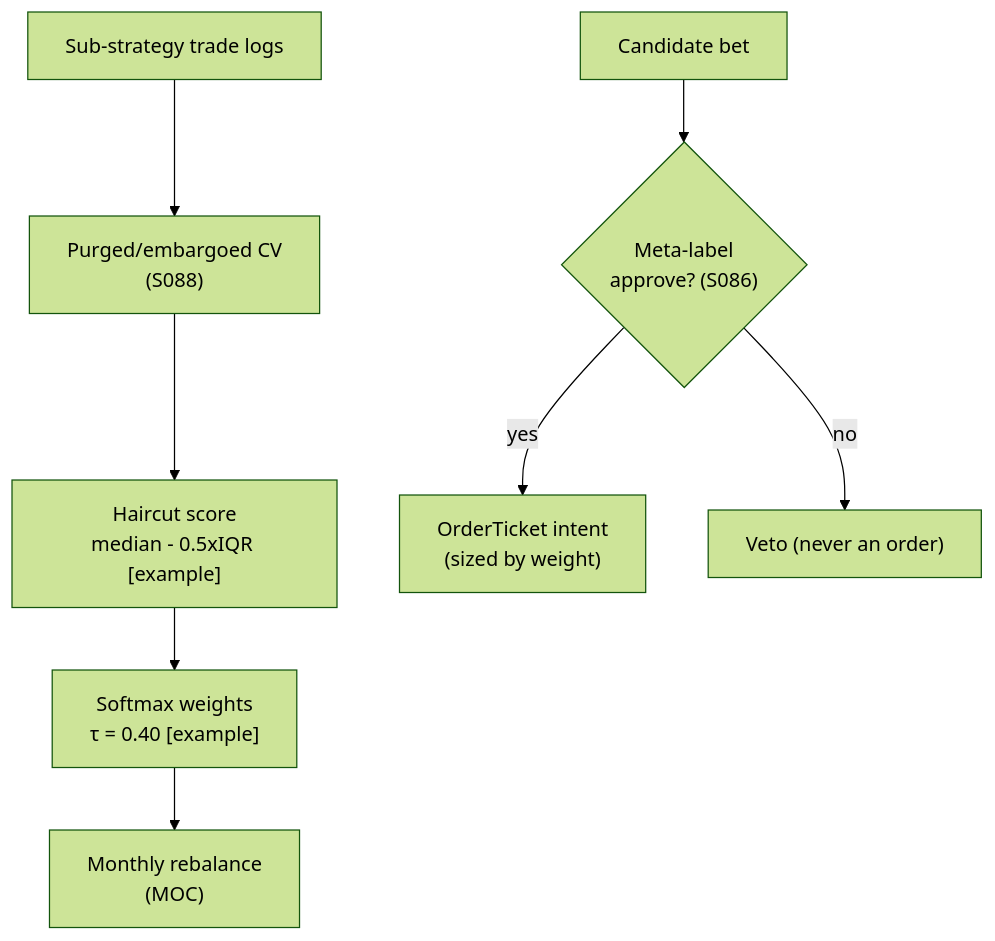
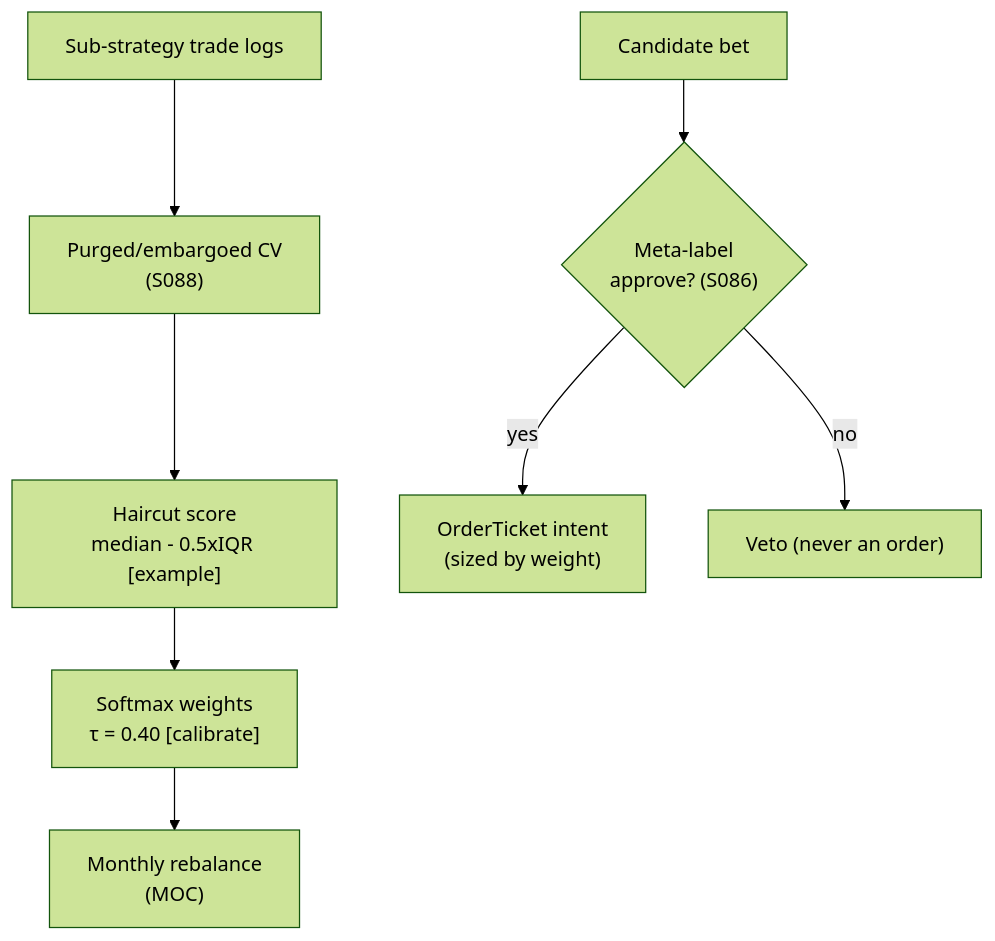
Before and after one commit to praveenguptahcl/quant-signals-deep: the diagram in modules/strategies/T087.md, drawn with Mermaid (forest theme). The commit also changed other lines of this file and 275 other files, not shown here.

````diff
--- a/modules/strategies/T087.md
+++ b/modules/strategies/T087.md
@@ -521,10 +717,10 @@
 ```mermaid
 flowchart TD
     LOGS["Sub-strategy trade logs"] --> CPCV["Purged/embargoed CV\n(S088)"]
     CPCV --> HAIR["Haircut score\nmedian - 0.5xIQR [example]"]
-    HAIR --> SOFT["Softmax weights\nτ = 0.40 [example]"]
+    HAIR --> SOFT["Softmax weights\nτ = 0.40 [calibrate]"]
     SOFT --> REB["Monthly rebalance\n(MOC)"]
     CAND["Candidate bet"] --> META{"Meta-label\napprove? (S086)"}
     META -->|yes| OUT["OrderTicket intent\n(sized by weight)"]
     META -->|no| VETO["Veto (never an order)"]
 ```
````
